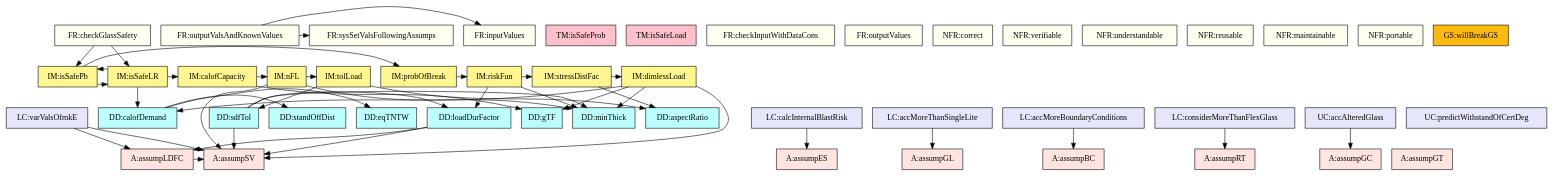
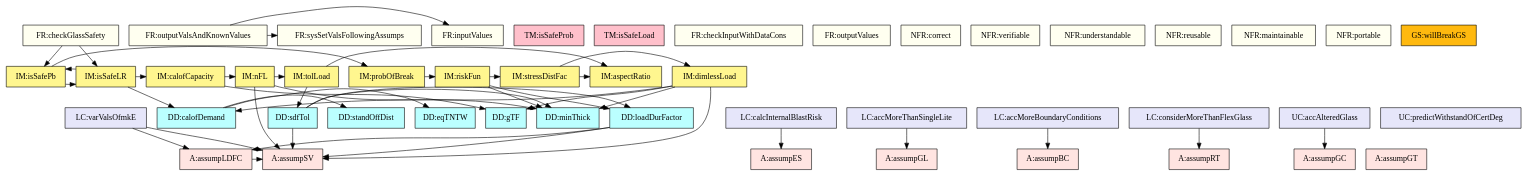
One commit to JacquesCarette/Drasil changed the diagram in code/stable/glassbr/TraceyGraph/allvsall.dot. Above: the diagram before and after it, drawn with Graphviz. The commit also changed 37 other files, not shown here.

```diff
--- a/code/stable/glassbr/TraceyGraph/allvsall.dot
+++ b/code/stable/glassbr/TraceyGraph/allvsall.dot
@@ -1,134 +1,134 @@
 digraph allvsall {
 	assumpLDFC -> assumpSV;
 	loadDurFactor -> assumpSV;
 	loadDurFactor -> assumpLDFC;
 	sdfTol -> assumpSV;
 	sdfTol -> minThick;
 	sdfTol -> loadDurFactor;
 	demandq -> stdOffDist;
 	demandq -> eqTNTChar;
 	riskFun -> minThick;
 	riskFun -> loadDurFactor;
 	riskFun -> stressDistFac;
+	stressDistFac -> dimlessLoad;
 	stressDistFac -> aR;
-	stressDistFac -> dimlessLoad;
 	nFL -> assumpSV;
 	nFL -> minThick;
 	nFL -> tolLoad;
 	dimlessLoad -> assumpSV;
 	dimlessLoad -> minThick;
 	dimlessLoad -> glassTypeFac;
 	dimlessLoad -> demandq;
 	tolLoad -> sdfTol;
 	tolLoad -> aR;
 	probBr -> riskFun;
 	lResistance -> glassTypeFac;
 	lResistance -> nFL;
 	isSafePb -> probBr;
 	isSafePb -> isSafeLR;
 	isSafeLR -> demandq;
 	isSafeLR -> lResistance;
 	isSafeLR -> isSafePb;
 	outputValsAndKnownValues -> inputValues;
 	outputValsAndKnownValues -> sysSetValsFollowingAssumps;
 	checkGlassSafety -> isSafePb;
 	checkGlassSafety -> isSafeLR;
 	calcInternalBlastRisk -> assumpES;
 	varValsOfmkE -> assumpSV;
 	varValsOfmkE -> assumpLDFC;
 	accMoreThanSingleLite -> assumpGL;
 	accMoreBoundaryConditions -> assumpBC;
 	considerMoreThanFlexGlass -> assumpRT;
 	accAlteredGlass -> assumpGC;
 
 
 	assumpGT	[shape=box, color=black, style=filled, fillcolor=mistyrose, label="A:assumpGT"];
 	assumpGC	[shape=box, color=black, style=filled, fillcolor=mistyrose, label="A:assumpGC"];
 	assumpES	[shape=box, color=black, style=filled, fillcolor=mistyrose, label="A:assumpES"];
 	assumpSV	[shape=box, color=black, style=filled, fillcolor=mistyrose, label="A:assumpSV"];
 	assumpGL	[shape=box, color=black, style=filled, fillcolor=mistyrose, label="A:assumpGL"];
 	assumpBC	[shape=box, color=black, style=filled, fillcolor=mistyrose, label="A:assumpBC"];
 	assumpRT	[shape=box, color=black, style=filled, fillcolor=mistyrose, label="A:assumpRT"];
 	assumpLDFC	[shape=box, color=black, style=filled, fillcolor=mistyrose, label="A:assumpLDFC"];
 
 	subgraph A {
 	rank="same"
 	{assumpGT, assumpGC, assumpES, assumpSV, assumpGL, assumpBC, assumpRT, assumpLDFC}
 	}
 
 	minThick	[shape=box, color=black, style=filled, fillcolor=paleturquoise1, label="DD:minThick"];
 	loadDurFactor	[shape=box, color=black, style=filled, fillcolor=paleturquoise1, label="DD:loadDurFactor"];
 	glassTypeFac	[shape=box, color=black, style=filled, fillcolor=paleturquoise1, label="DD:gTF"];
 	sdfTol	[shape=box, color=black, style=filled, fillcolor=paleturquoise1, label="DD:sdfTol"];
 	stdOffDist	[shape=box, color=black, style=filled, fillcolor=paleturquoise1, label="DD:standOffDist"];
-	aR	[shape=box, color=black, style=filled, fillcolor=paleturquoise1, label="DD:aspectRatio"];
 	eqTNTChar	[shape=box, color=black, style=filled, fillcolor=paleturquoise1, label="DD:eqTNTW"];
 	demandq	[shape=box, color=black, style=filled, fillcolor=paleturquoise1, label="DD:calofDemand"];
 
 	subgraph DD {
 	rank="same"
-	{minThick, loadDurFactor, glassTypeFac, sdfTol, stdOffDist, aR, eqTNTChar, demandq}
+	{minThick, loadDurFactor, glassTypeFac, sdfTol, stdOffDist, eqTNTChar, demandq}
 	}
 
 	isSafeProb	[shape=box, color=black, style=filled, fillcolor=pink, label="TM:isSafeProb"];
 	isSafeLoad	[shape=box, color=black, style=filled, fillcolor=pink, label="TM:isSafeLoad"];
 
 	subgraph TM {
 	rank="same"
 	{isSafeProb, isSafeLoad}
 	}
 
 	riskFun	[shape=box, color=black, style=filled, fillcolor=khaki1, label="IM:riskFun"];
 	stressDistFac	[shape=box, color=black, style=filled, fillcolor=khaki1, label="IM:stressDistFac"];
 	nFL	[shape=box, color=black, style=filled, fillcolor=khaki1, label="IM:nFL"];
 	dimlessLoad	[shape=box, color=black, style=filled, fillcolor=khaki1, label="IM:dimlessLoad"];
 	tolLoad	[shape=box, color=black, style=filled, fillcolor=khaki1, label="IM:tolLoad"];
+	aR	[shape=box, color=black, style=filled, fillcolor=khaki1, label="IM:aspectRatio"];
 	probBr	[shape=box, color=black, style=filled, fillcolor=khaki1, label="IM:probOfBreak"];
 	lResistance	[shape=box, color=black, style=filled, fillcolor=khaki1, label="IM:calofCapacity"];
 	isSafePb	[shape=box, color=black, style=filled, fillcolor=khaki1, label="IM:isSafePb"];
 	isSafeLR	[shape=box, color=black, style=filled, fillcolor=khaki1, label="IM:isSafeLR"];
 
 	subgraph IM {
 	rank="same"
-	{riskFun, stressDistFac, nFL, dimlessLoad, tolLoad, probBr, lResistance, isSafePb, isSafeLR}
+	{riskFun, stressDistFac, nFL, dimlessLoad, tolLoad, aR, probBr, lResistance, isSafePb, isSafeLR}
 	}
 
 	inputValues	[shape=box, color=black, style=filled, fillcolor=ivory, label="FR:inputValues"];
 	sysSetValsFollowingAssumps	[shape=box, color=black, style=filled, fillcolor=ivory, label="FR:sysSetValsFollowingAssumps"];
 	checkInputWithDataCons	[shape=box, color=black, style=filled, fillcolor=ivory, label="FR:checkInputWithDataCons"];
 	outputValsAndKnownValues	[shape=box, color=black, style=filled, fillcolor=ivory, label="FR:outputValsAndKnownValues"];
 	checkGlassSafety	[shape=box, color=black, style=filled, fillcolor=ivory, label="FR:checkGlassSafety"];
 	outputValues	[shape=box, color=black, style=filled, fillcolor=ivory, label="FR:outputValues"];
 	correct	[shape=box, color=black, style=filled, fillcolor=ivory, label="NFR:correct"];
 	verifiable	[shape=box, color=black, style=filled, fillcolor=ivory, label="NFR:verifiable"];
 	understandable	[shape=box, color=black, style=filled, fillcolor=ivory, label="NFR:understandable"];
 	reusable	[shape=box, color=black, style=filled, fillcolor=ivory, label="NFR:reusable"];
 	maintainable	[shape=box, color=black, style=filled, fillcolor=ivory, label="NFR:maintainable"];
 	portable	[shape=box, color=black, style=filled, fillcolor=ivory, label="NFR:portable"];
 
 	subgraph FR {
 	rank="same"
 	{inputValues, sysSetValsFollowingAssumps, checkInputWithDataCons, outputValsAndKnownValues, checkGlassSafety, outputValues, correct, verifiable, understandable, reusable, maintainable, portable}
 	}
 
 	willBreakGS	[shape=box, color=black, style=filled, fillcolor=darkgoldenrod1, label="GS:willBreakGS"];
 
 	subgraph GS {
 	rank="same"
 	{willBreakGS}
 	}
 
 	calcInternalBlastRisk	[shape=box, color=black, style=filled, fillcolor=lavender, label="LC:calcInternalBlastRisk"];
 	varValsOfmkE	[shape=box, color=black, style=filled, fillcolor=lavender, label="LC:varValsOfmkE"];
 	accMoreThanSingleLite	[shape=box, color=black, style=filled, fillcolor=lavender, label="LC:accMoreThanSingleLite"];
 	accMoreBoundaryConditions	[shape=box, color=black, style=filled, fillcolor=lavender, label="LC:accMoreBoundaryConditions"];
 	considerMoreThanFlexGlass	[shape=box, color=black, style=filled, fillcolor=lavender, label="LC:considerMoreThanFlexGlass"];
 	predictWithstandOfCertDeg	[shape=box, color=black, style=filled, fillcolor=lavender, label="UC:predictWithstandOfCertDeg"];
 	accAlteredGlass	[shape=box, color=black, style=filled, fillcolor=lavender, label="UC:accAlteredGlass"];
 
 	subgraph LC {
 	rank="same"
 	{calcInternalBlastRisk, varValsOfmkE, accMoreThanSingleLite, accMoreBoundaryConditions, considerMoreThanFlexGlass, predictWithstandOfCertDeg, accAlteredGlass}
 	}
 
 }
```
